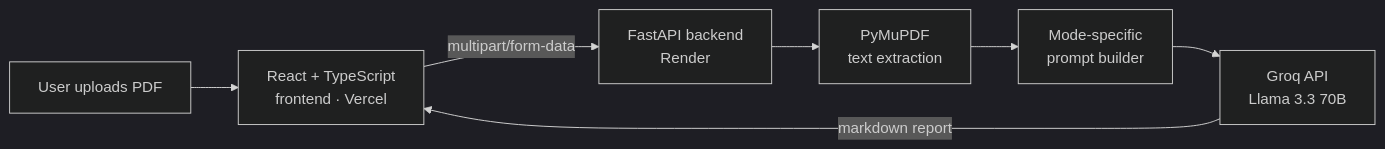
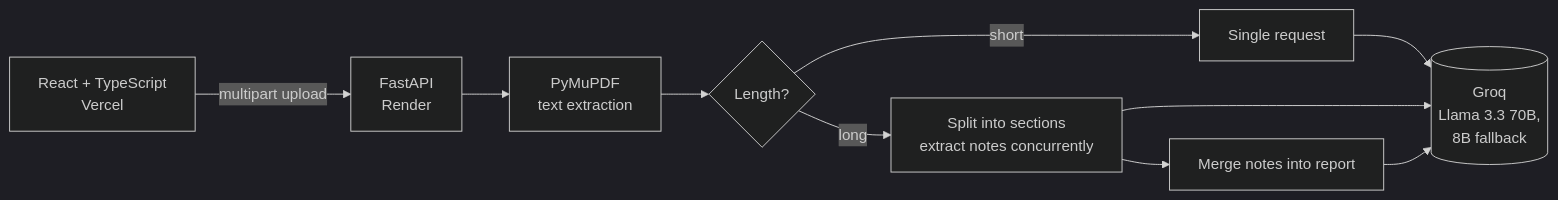
Before and after one commit to stevesss01/Steven-Summarizer: the diagram in README.md, drawn with Mermaid (dark theme). The commit also changed other lines of this file and 7 other files, not shown here.

````diff
--- a/README.md
+++ b/README.md
@@ -58,9 +41,12 @@
 ```mermaid
 flowchart LR
-    A[User uploads PDF] --> B[React + TypeScript<br/>frontend · Vercel]
-    B -- multipart/form-data --> C[FastAPI backend<br/>Render]
-    C --> D[PyMuPDF<br/>text extraction]
-    D --> E[Mode-specific<br/>prompt builder]
-    E --> F[Groq API<br/>Llama 3.3 70B]
-    F -- markdown report --> B
+    UI[React + TypeScript<br/>Vercel] -->|multipart upload| API[FastAPI<br/>Render]
+    API --> PDF[PyMuPDF<br/>text extraction]
+    PDF --> P{Length?}
+    P -->|short| ONE[Single request]
+    P -->|long| MAP[Split into sections<br/>extract notes concurrently]
+    MAP --> REDUCE[Merge notes into report]
+    ONE --> LLM[(Groq<br/>Llama 3.3 70B,<br/>8B fallback)]
+    MAP --> LLM
+    REDUCE --> LLM
 ```
````
